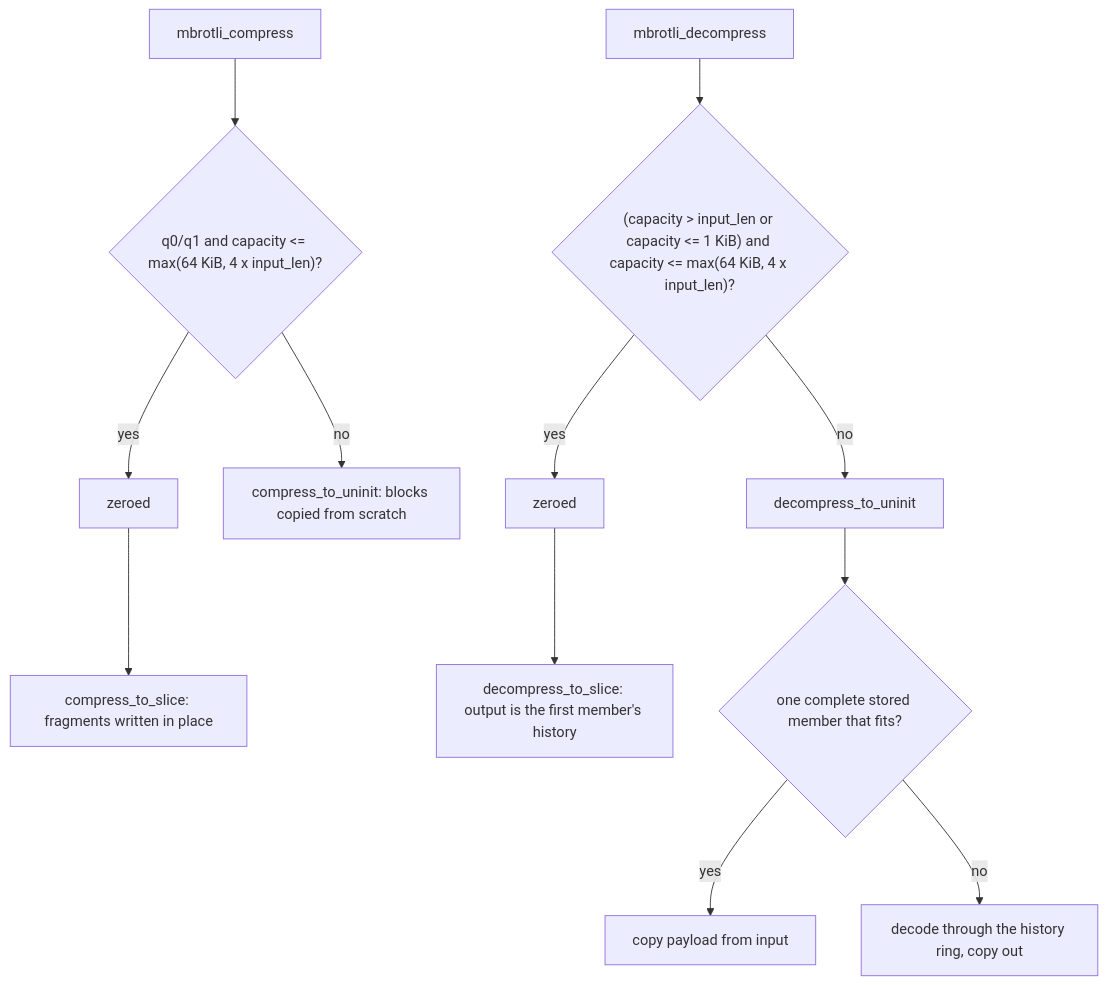
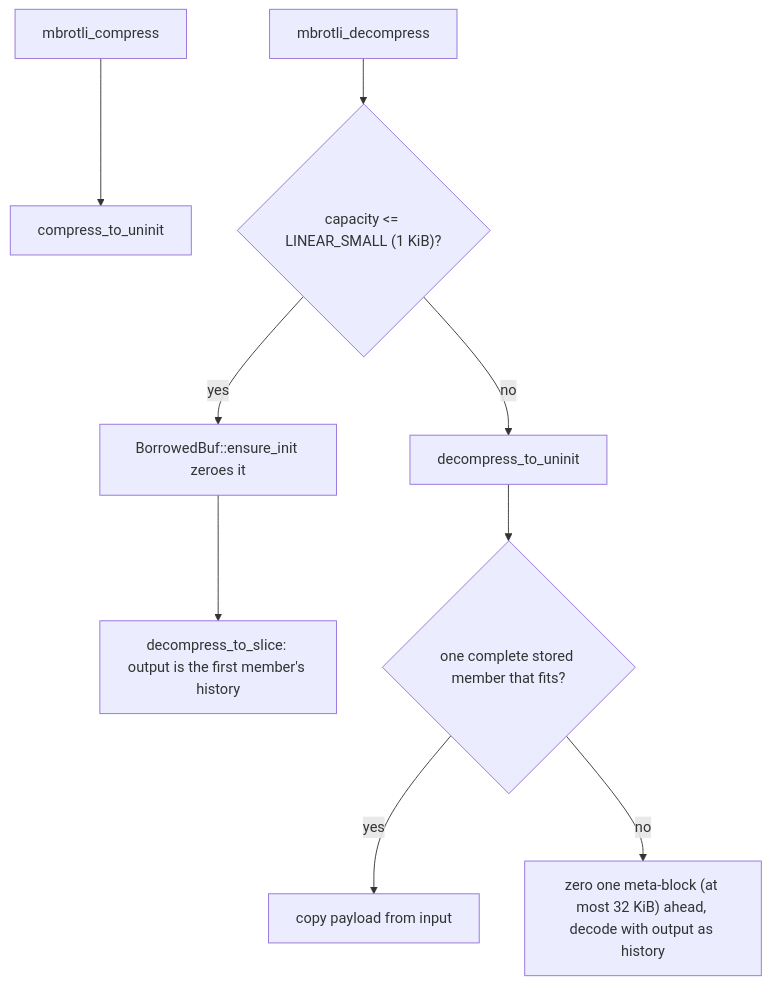
The fourth of 5 diagrams in architecture/c-abi.md (M-Compressors/mbrotli), drawn with Mermaid before and after one commit. The commit also changed other lines of this file and 18 other files, not shown here.

Commit message:
use borrowed buf for uninit

````diff
--- a/architecture/c-abi.md
+++ b/architecture/c-abi.md
@@ -115,12 +115,10 @@
 ```mermaid
 flowchart TD
-    C[mbrotli_compress] --> Q{"q0/q1 and capacity <= max(64 KiB, 4 x input_len)?"}
-    Q -->|yes| ZC[zeroed] --> InPlace[compress_to_slice: fragments written in place]
-    Q -->|no| CU[compress_to_uninit: blocks copied from scratch]
-    D[mbrotli_decompress] --> L{"(capacity > input_len or capacity <= 1 KiB) and capacity <= max(64 KiB, 4 x input_len)?"}
-    L -->|yes| ZD[zeroed] --> Linear["decompress_to_slice: output is the first member's history"]
+    C[mbrotli_compress] --> CU[compress_to_uninit]
+    D[mbrotli_decompress] --> L{"capacity <= LINEAR_SMALL (1 KiB)?"}
+    L -->|yes| ZD["BorrowedBuf::ensure_init zeroes it"] --> Linear["decompress_to_slice: output is the first member's history"]
     L -->|no| DU[decompress_to_uninit]
     DU --> Stored{one complete stored member that fits?}
     Stored -->|yes| Copy[copy payload from input]
-    Stored -->|no| Ring[decode through the history ring, copy out]
+    Stored -->|no| Ahead["zero one meta-block (at most 32 KiB) ahead, decode with output as history"]
 ```
````
